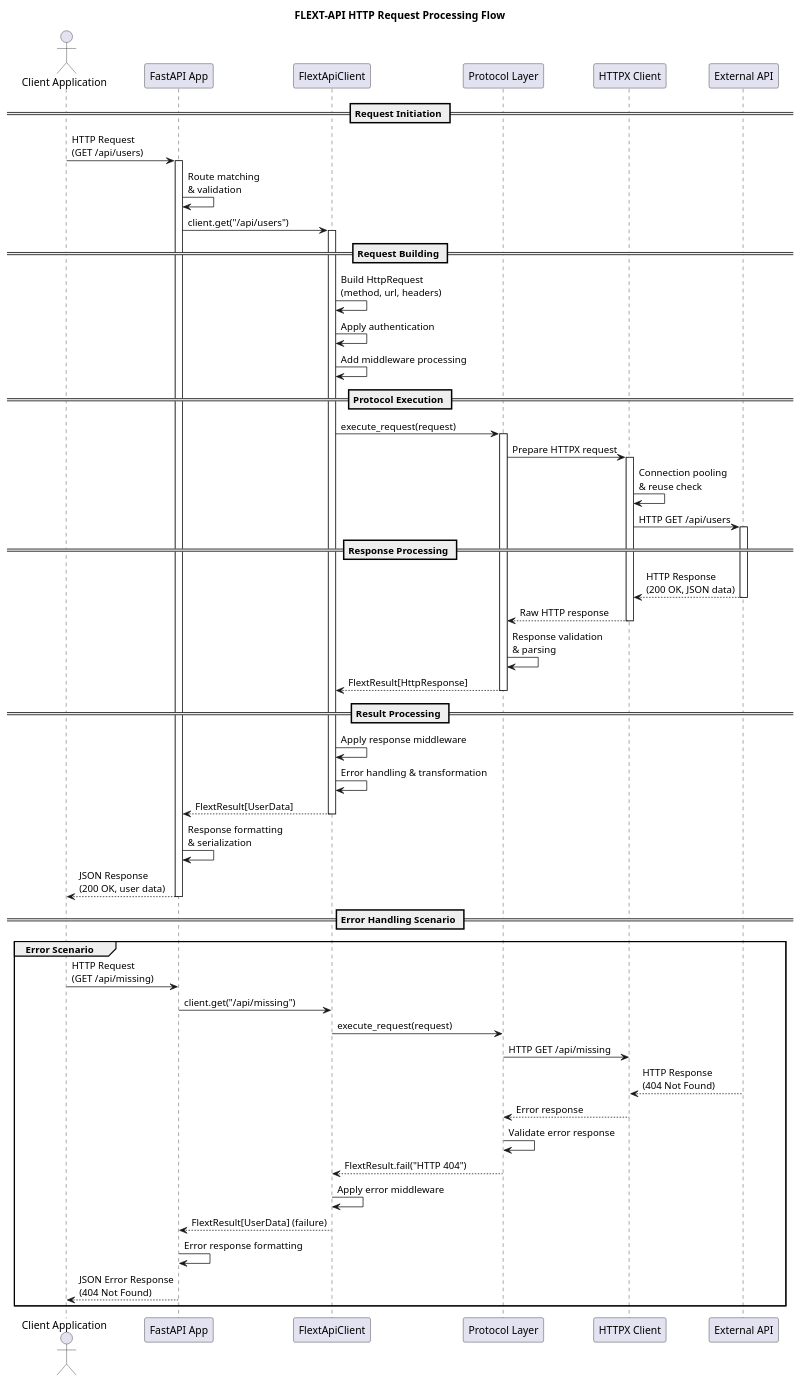
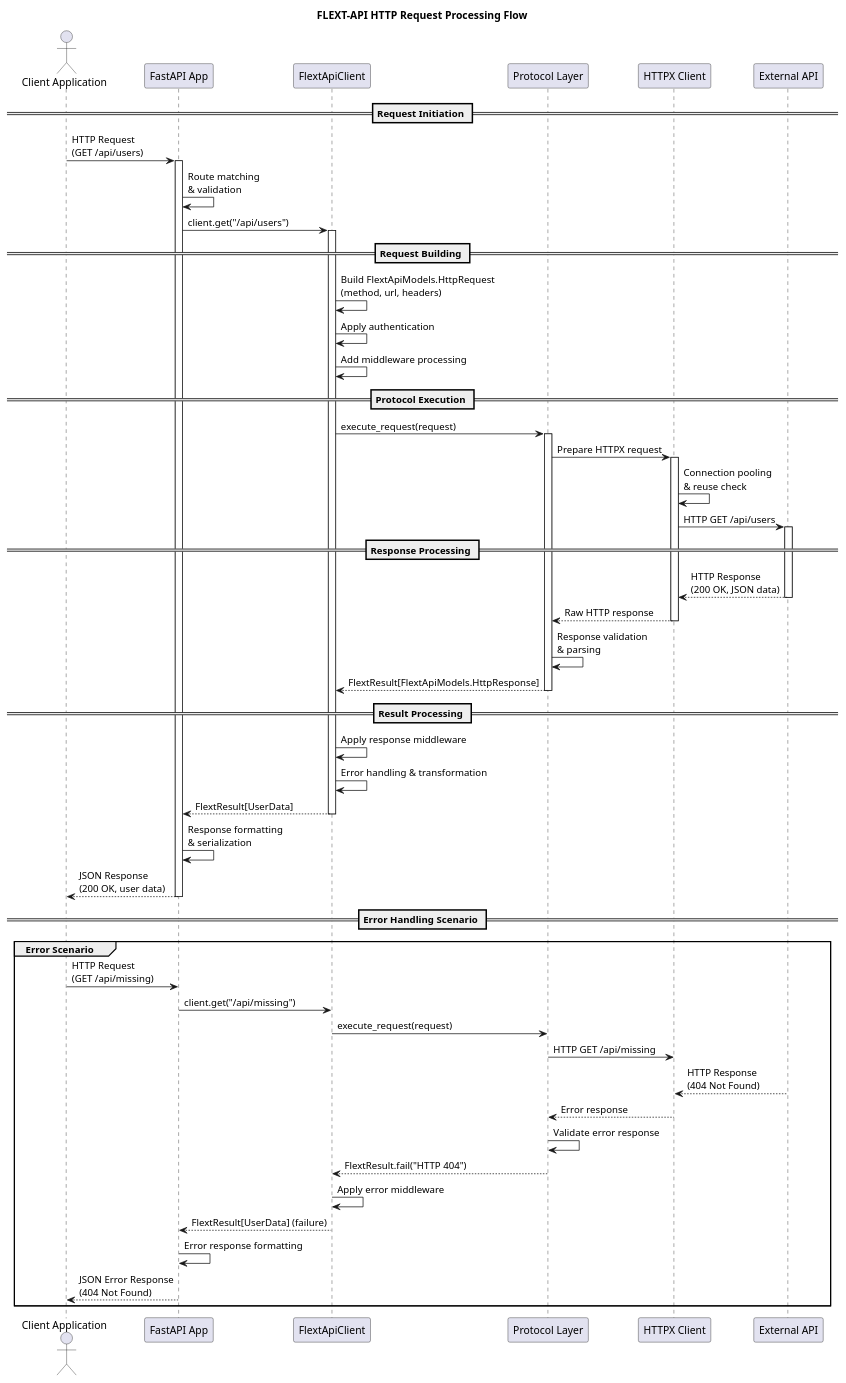
Before and after one commit to flext-sh/flext-api: the diagram in docs/architecture/diagrams/http-request-flow.puml, drawn with PlantUML. The commit also changed 58 other files, not shown here.

```diff
--- a/docs/architecture/diagrams/http-request-flow.puml
+++ b/docs/architecture/diagrams/http-request-flow.puml
@@ -1,76 +1,76 @@
 @startuml HTTP Request Flow
 title FLEXT-API HTTP Request Processing Flow
 
 actor "Client Application" as Client
 participant "FastAPI App" as FastAPI
 participant "FlextApiClient" as ClientLib
 participant "Protocol Layer" as Protocol
 participant "HTTPX Client" as HTTPX
 participant "External API" as External
 
 == Request Initiation ==
 Client -> FastAPI: HTTP Request\n(GET /api/users)
 activate FastAPI
 
 FastAPI -> FastAPI: Route matching\n& validation
 FastAPI -> ClientLib: client.get("/api/users")
 activate ClientLib
 
 == Request Building ==
-ClientLib -> ClientLib: Build HttpRequest\n(method, url, headers)
+ClientLib -> ClientLib: Build FlextApiModels.HttpRequest\n(method, url, headers)
 ClientLib -> ClientLib: Apply authentication
 ClientLib -> ClientLib: Add middleware processing
 
 == Protocol Execution ==
 ClientLib -> Protocol: execute_request(request)
 activate Protocol
 
 Protocol -> HTTPX: Prepare HTTPX request
 activate HTTPX
 
 HTTPX -> HTTPX: Connection pooling\n& reuse check
 HTTPX -> External: HTTP GET /api/users
 activate External
 
 == Response Processing ==
 External --> HTTPX: HTTP Response\n(200 OK, JSON data)
 deactivate External
 
 HTTPX --> Protocol: Raw HTTP response
 deactivate HTTPX
 
 Protocol -> Protocol: Response validation\n& parsing
-Protocol --> ClientLib: FlextResult[HttpResponse]
+Protocol --> ClientLib: FlextResult[FlextApiModels.HttpResponse]
 deactivate Protocol
 
 == Result Processing ==
 ClientLib -> ClientLib: Apply response middleware
 ClientLib -> ClientLib: Error handling & transformation
 ClientLib --> FastAPI: FlextResult[UserData]
 deactivate ClientLib
 
 FastAPI -> FastAPI: Response formatting\n& serialization
 FastAPI --> Client: JSON Response\n(200 OK, user data)
 deactivate FastAPI
 
 == Error Handling Scenario ==
 group Error Scenario
     Client -> FastAPI: HTTP Request\n(GET /api/missing)
     FastAPI -> ClientLib: client.get("/api/missing")
 
     ClientLib -> Protocol: execute_request(request)
     Protocol -> HTTPX: HTTP GET /api/missing
     External --> HTTPX: HTTP Response\n(404 Not Found)
 
     HTTPX --> Protocol: Error response
     Protocol -> Protocol: Validate error response
     Protocol --> ClientLib: FlextResult.fail("HTTP 404")
 
     ClientLib -> ClientLib: Apply error middleware
     ClientLib --> FastAPI: FlextResult[UserData] (failure)
 
     FastAPI -> FastAPI: Error response formatting
     FastAPI --> Client: JSON Error Response\n(404 Not Found)
 end
 
 @enduml
```
